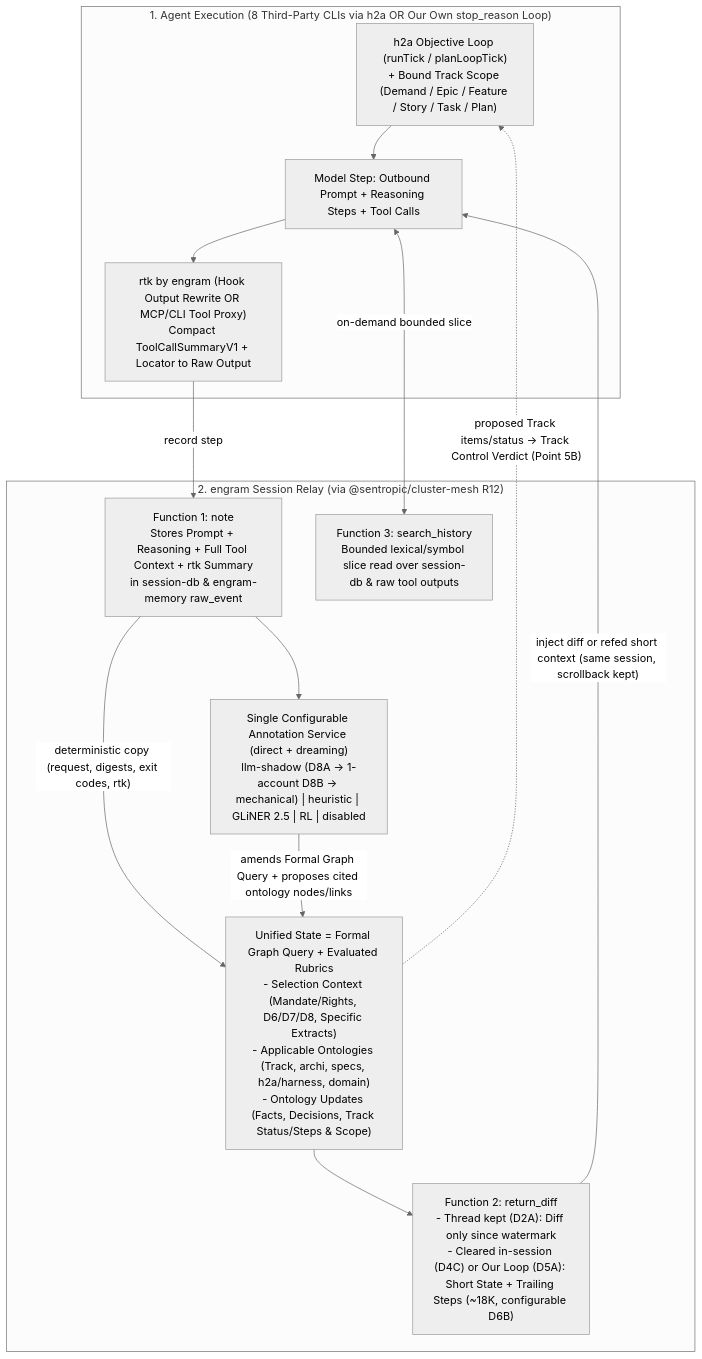
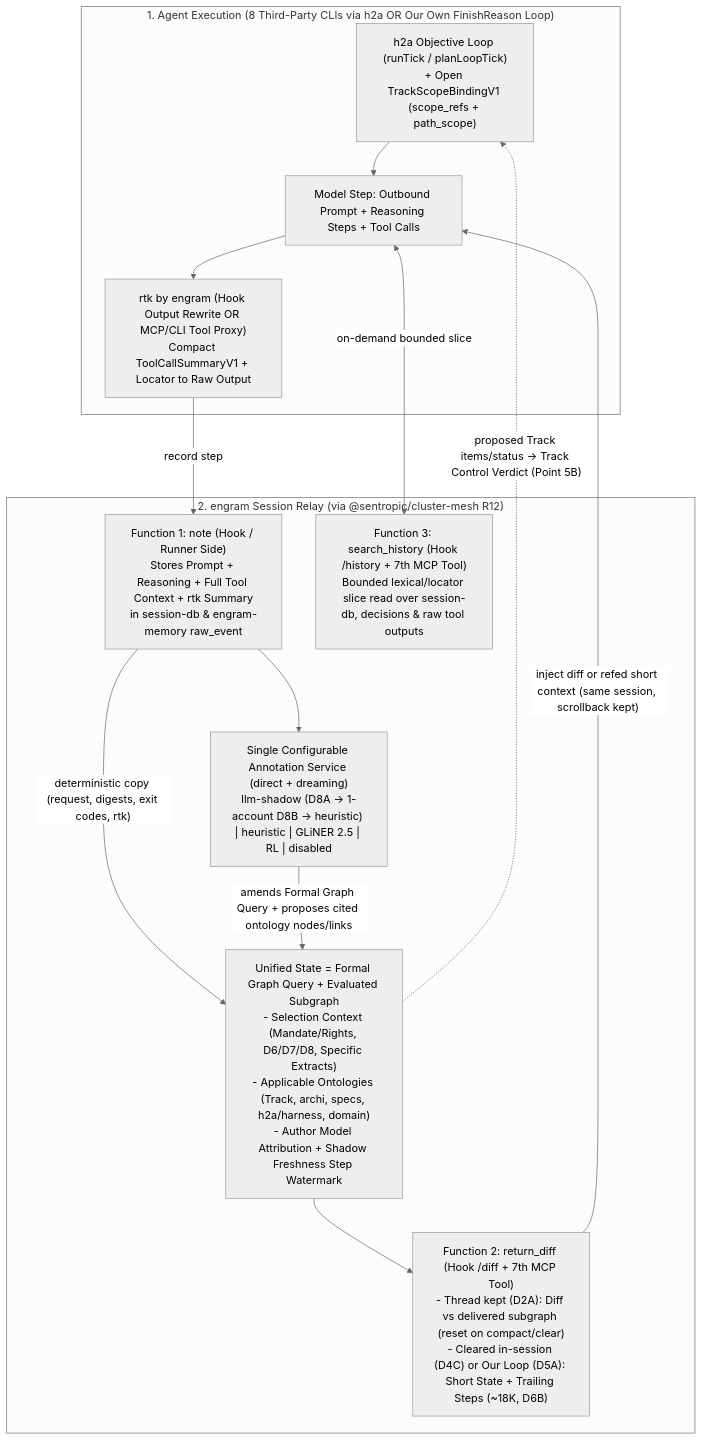
The diagram in spec/SPEC_ENGRAM_CONTEXTUAL_GRAPH_AND_PROMPT_LOOP.md (rhanka/engram), drawn with Mermaid (neutral theme) before and after one commit. The commit also changed other lines of this file and 2 other files, not shown here.

Commit message:
spec(memory): apply review round 1 to Spec 2 (v0.4.1) — retire the old envelope and fixed-date switchover in Spec 6A, define the loop stop reason and the missing contracts

````diff
--- a/spec/SPEC_ENGRAM_CONTEXTUAL_GRAPH_AND_PROMPT_LOOP.md
+++ b/spec/SPEC_ENGRAM_CONTEXTUAL_GRAPH_AND_PROMPT_LOOP.md
@@ -72,27 +77,27 @@
 ```mermaid
 flowchart TB
-    subgraph LoopAndHosts["1. Agent Execution (8 Third-Party CLIs via h2a OR Our Own stop_reason Loop)"]
-        OBJ["h2a Objective Loop (runTick / planLoopTick)\n+ Bound Track Scope (Demand / Epic / Feature / Story / Task / Plan)"]
+    subgraph LoopAndHosts["1. Agent Execution (8 Third-Party CLIs via h2a OR Our Own FinishReason Loop)"]
+        OBJ["h2a Objective Loop (runTick / planLoopTick)\n+ Open TrackScopeBindingV1 (scope_refs + path_scope)"]
         STEP["Model Step: Outbound Prompt + Reasoning Steps + Tool Calls"]
         PROXY["rtk by engram (Hook Output Rewrite OR MCP/CLI Tool Proxy)\nCompact ToolCallSummaryV1 + Locator to Raw Output"]
         OBJ --> STEP
         STEP --> PROXY
     end
 
     subgraph EngramRelay["2. engram Session Relay (via @sentropic/cluster-mesh R12)"]
-        NOTE["Function 1: note\nStores Prompt + Reasoning + Full Tool Context + rtk Summary\nin session-db & engram-memory raw_event"]
-        SHADOW["Single Configurable Annotation Service (direct + dreaming)\nllm-shadow (D8A -> 1-account D8B -> mechanical) | heuristic | GLiNER 2.5 | RL | disabled"]
-        STATE["Unified State = Formal Graph Query + Evaluated Rubrics\n- Selection Context (Mandate/Rights, D6/D7/D8, Specific Extracts)\n- Applicable Ontologies (Track, archi, specs, h2a/harness, domain)\n- Ontology Updates (Facts, Decisions, Track Status/Steps & Scope)"]
-        DIFF["Function 2: return_diff\n- Thread kept (D2A): Diff only since watermark\n- Cleared in-session (D4C) or Our Loop (D5A): Short State + Trailing Steps (~18K, configurable D6B)"]
-        SEARCH["Function 3: search_history\nBounded lexical/symbol slice read over session-db & raw tool outputs"]
+        NOTE["Function 1: note (Hook / Runner Side)\nStores Prompt + Reasoning + Full Tool Context + rtk Summary\nin session-db & engram-memory raw_event"]
+        SHADOW["Single Configurable Annotation Service (direct + dreaming)\nllm-shadow (D8A -> 1-account D8B -> heuristic) | heuristic | GLiNER 2.5 | RL | disabled"]
+        STATE["Unified State = Formal Graph Query + Evaluated Subgraph\n- Selection Context (Mandate/Rights, D6/D7/D8, Specific Extracts)\n- Applicable Ontologies (Track, archi, specs, h2a/harness, domain)\n- Author Model Attribution + Shadow Freshness Step Watermark"]
+        DIFF["Function 2: return_diff (Hook /diff + 7th MCP Tool)\n- Thread kept (D2A): Diff vs delivered subgraph (reset on compact/clear)\n- Cleared in-session (D4C) or Our Loop (D5A): Short State + Trailing Steps (~18K, D6B)"]
+        SEARCH["Function 3: search_history (Hook /history + 7th MCP Tool)\nBounded lexical/locator slice read over session-db, decisions & raw tool outputs"]
     end
 
     PROXY -->|"record step"| NOTE
     NOTE --> SHADOW
     NOTE -->|"deterministic copy (request, digests, exit codes, rtk)"| STATE
     SHADOW -->|"amends Formal Graph Query + proposes cited ontology nodes/links"| STATE
     STATE --> DIFF
     DIFF -->|"inject diff or refed short context (same session, scrollback kept)"| STEP
     STEP <-->|"on-demand bounded slice"| SEARCH
     STATE -.->|"proposed Track items/status -> Track Control Verdict (Point 5B)"| OBJ
 ```
````
